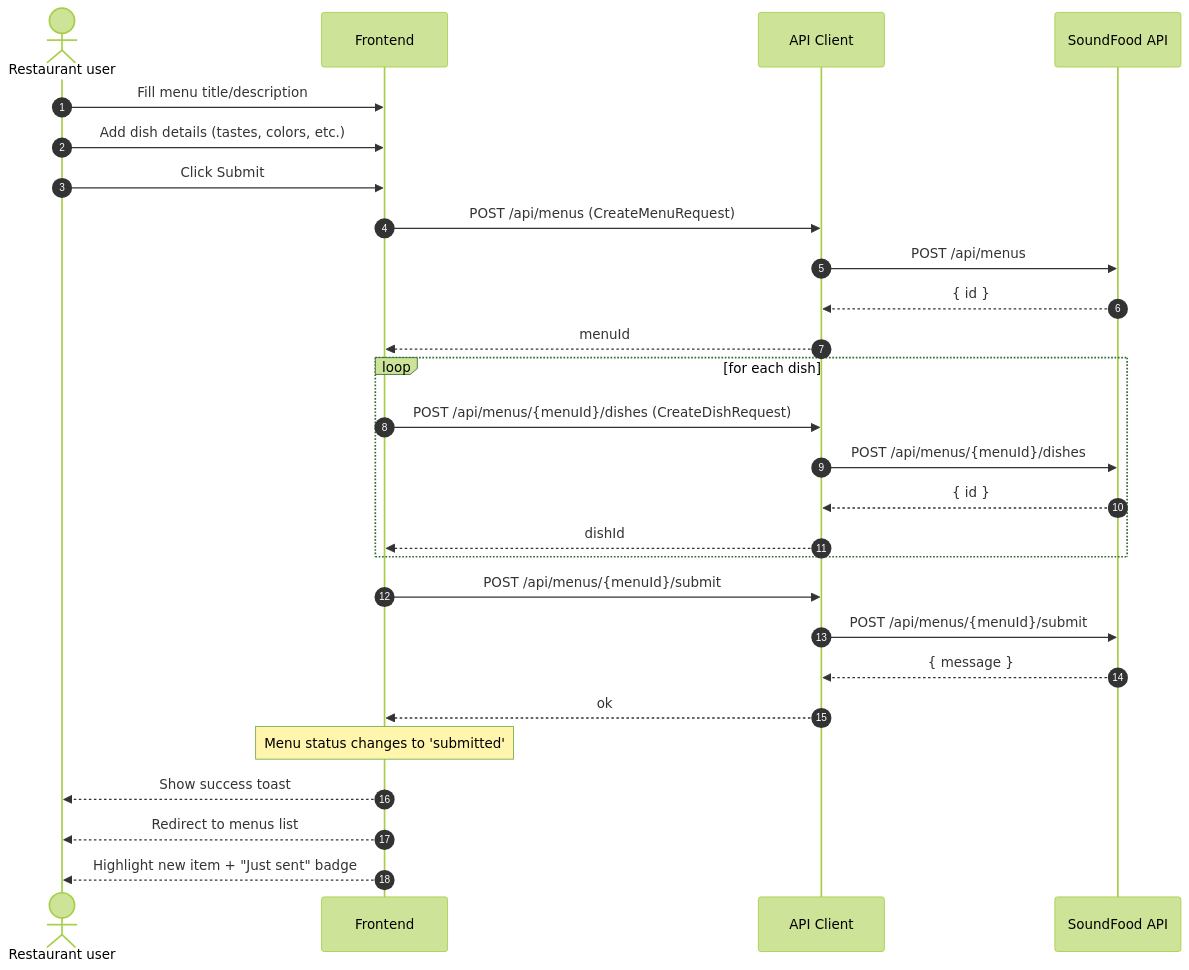
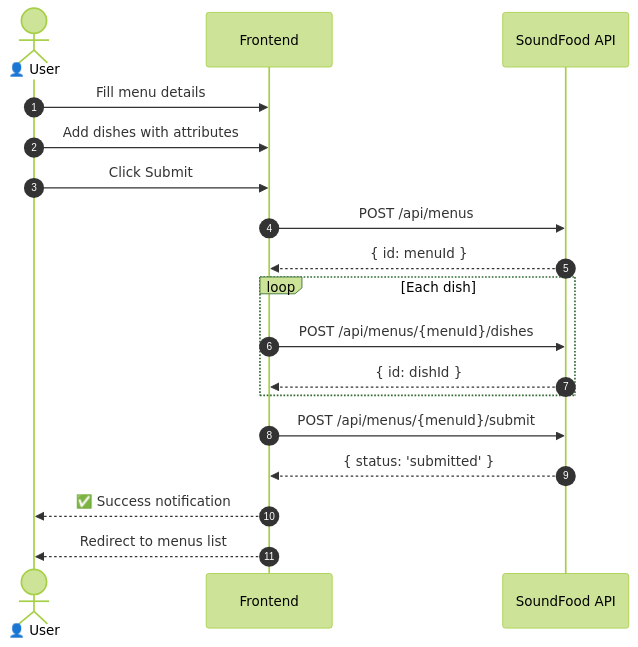
Before and after one commit to matteospanio/sf-demo-menu-intf: the second of 6 diagrams in README.md, drawn with Mermaid (forest theme). The commit also changed other lines of this file and 1 other file, not shown here.

````diff
--- a/README.md
+++ b/README.md
@@ -229,34 +257,25 @@
 ```mermaid
 sequenceDiagram
   autonumber
-  actor U as Restaurant user
+  actor U as 👤 User
   participant FE as Frontend
-  participant A as API Client
   participant API as SoundFood API
 
-  U->>FE: Fill menu title/description
-  U->>FE: Add dish details (tastes, colors, etc.)
+  U->>FE: Fill menu details
+  U->>FE: Add dishes with attributes
   U->>FE: Click Submit
 
-  FE->>A: POST /api/menus (CreateMenuRequest)
-  A->>API: POST /api/menus
-  API-->>A: { id }
-  A-->>FE: menuId
+  FE->>API: POST /api/menus
+  API-->>FE: { id: menuId }
 
-  loop for each dish
-    FE->>A: POST /api/menus/{menuId}/dishes (CreateDishRequest)
-    A->>API: POST /api/menus/{menuId}/dishes
-    API-->>A: { id }
-    A-->>FE: dishId
+  loop Each dish
+    FE->>API: POST /api/menus/{menuId}/dishes
+    API-->>FE: { id: dishId }
   end
 
-  FE->>A: POST /api/menus/{menuId}/submit
-  A->>API: POST /api/menus/{menuId}/submit
-  API-->>A: { message }
-  A-->>FE: ok
-  Note over FE: Menu status changes to 'submitted'
+  FE->>API: POST /api/menus/{menuId}/submit
+  API-->>FE: { status: 'submitted' }
 
-  FE-->>U: Show success toast
+  FE-->>U: ✅ Success notification
   FE-->>U: Redirect to menus list
-  FE-->>U: Highlight new item + "Just sent" badge
 ```
````
